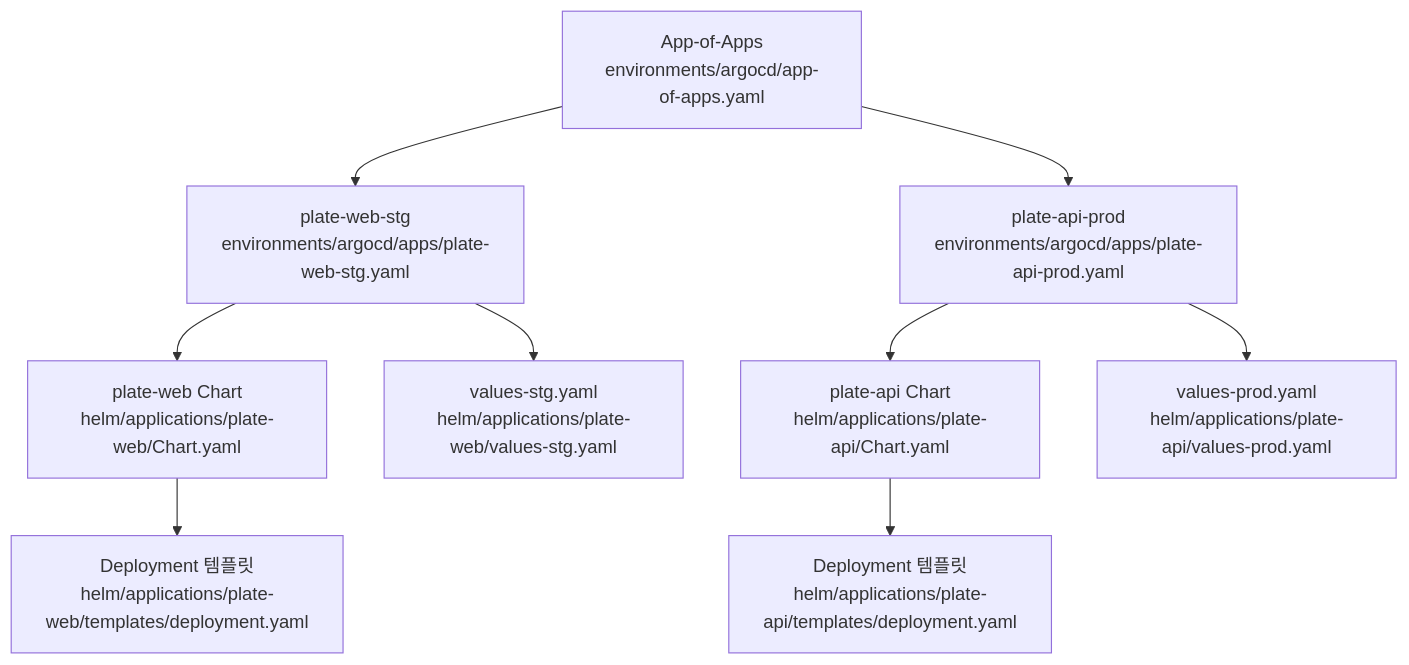
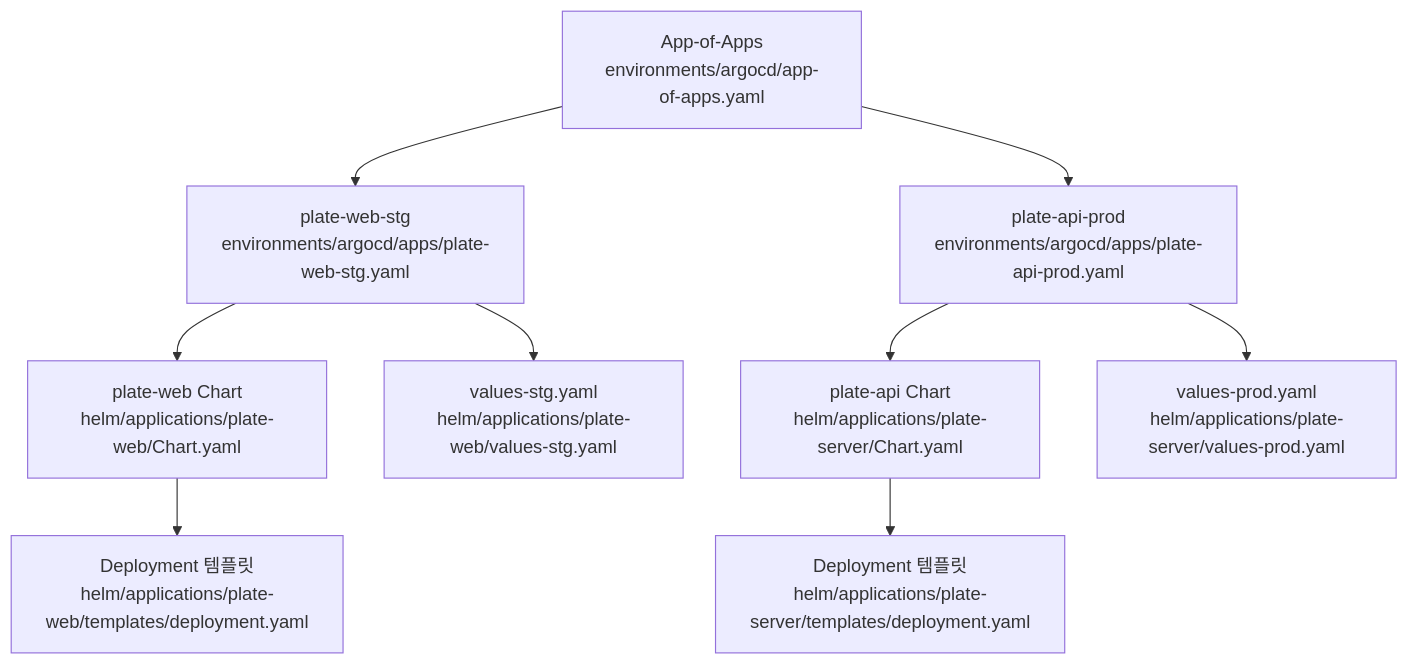
Before and after one commit to kimjoongwon/prj-devops: the first of 7 diagrams in .qoder/repowiki/ko/content/기술 아키텍처/설계 패턴/App-of-Apps 패턴.md, drawn with Mermaid. The commit also changed other lines of this file and 60 other files, not shown here.

First line of the commit message:
docs(helm): plate-api 관련 문서의 Helm 경로를 plate-server로 변경

````diff
--- a/.qoder/repowiki/ko/content/기술 아키텍처/설계 패턴/App-of-Apps 패턴.md
+++ b/.qoder/repowiki/ko/content/기술 아키텍처/설계 패턴/App-of-Apps 패턴.md
@@ -37,11 +37,11 @@
 ```mermaid
 graph TB
 A["App-of-Apps<br/>environments/argocd/app-of-apps.yaml"] --> B["plate-web-stg<br/>environments/argocd/apps/plate-web-stg.yaml"]
 A --> C["plate-api-prod<br/>environments/argocd/apps/plate-api-prod.yaml"]
 B --> D["plate-web Chart<br/>helm/applications/plate-web/Chart.yaml"]
 B --> E["values-stg.yaml<br/>helm/applications/plate-web/values-stg.yaml"]
-C --> F["plate-api Chart<br/>helm/applications/plate-api/Chart.yaml"]
-C --> G["values-prod.yaml<br/>helm/applications/plate-api/values-prod.yaml"]
+C --> F["plate-api Chart<br/>helm/applications/plate-server/Chart.yaml"]
+C --> G["values-prod.yaml<br/>helm/applications/plate-server/values-prod.yaml"]
 D --> H["Deployment 템플릿<br/>helm/applications/plate-web/templates/deployment.yaml"]
-F --> I["Deployment 템플릿<br/>helm/applications/plate-api/templates/deployment.yaml"]
+F --> I["Deployment 템플릿<br/>helm/applications/plate-server/templates/deployment.yaml"]
 ```
````
